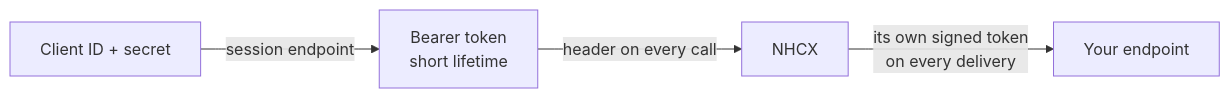
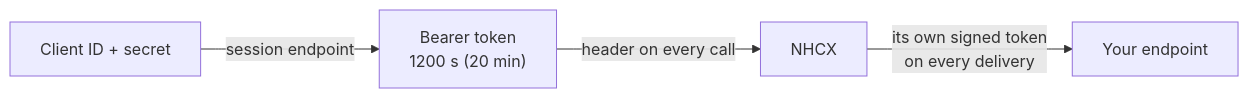
Before and after one commit to nha-in/docs: the diagram in catalogue/nhcx/concepts/session-token.md, drawn with Mermaid. The commit also changed other lines of this file and 736 other files, not shown here.

````diff
--- a/catalogue/nhcx/concepts/session-token.md
+++ b/catalogue/nhcx/concepts/session-token.md
@@ -75,6 +75,6 @@
 ```mermaid
 graph LR
-  C["Client ID + secret"] -->|session endpoint| T["Bearer token<br/>short lifetime"]
+  C["Client ID + secret"] -->|session endpoint| T["Bearer token<br/>1200 s (20 min)"]
   T -->|header on every call| X["NHCX"]
   X -->|its own signed token<br/>on every delivery| E["Your endpoint"]
 ```
````
